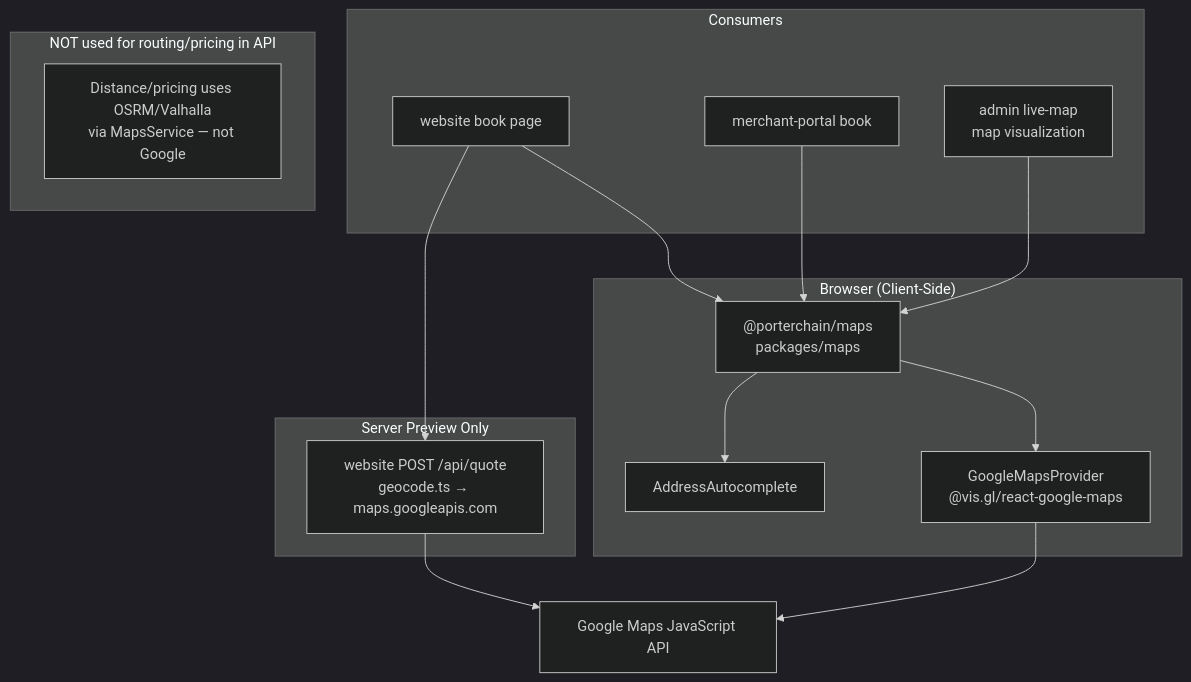
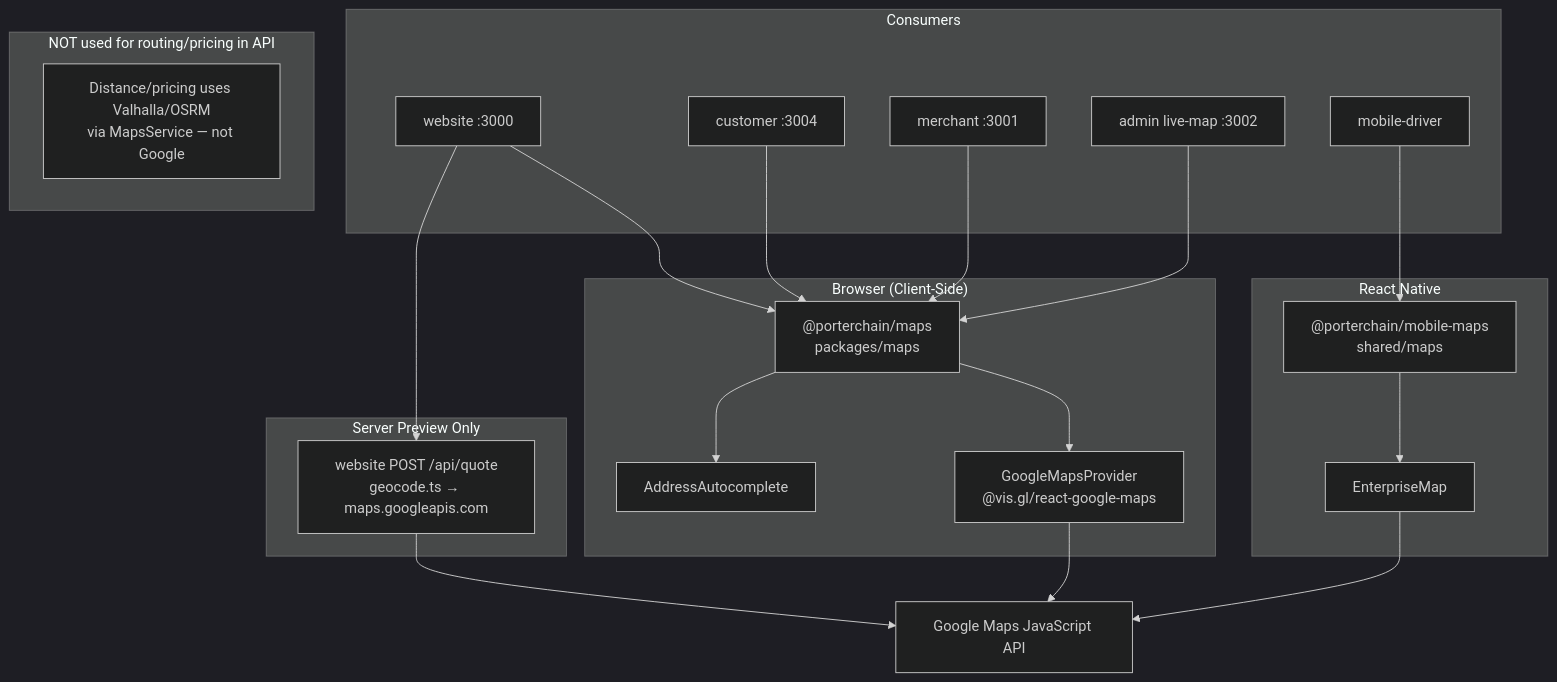
The diagram in docs/architecture/GOOGLE_MAPS_FLOW.md (PORTERCHAIN-INC/PCD), drawn with Mermaid (dark theme) before and after one commit. The commit also changed other lines of this file and 453 other files, not shown here.

````diff
--- a/docs/architecture/GOOGLE_MAPS_FLOW.md
+++ b/docs/architecture/GOOGLE_MAPS_FLOW.md
@@ -32,28 +46,37 @@
 ```mermaid
 flowchart TB
   subgraph Browser["Browser (Client-Side)"]
     PKG["@porterchain/maps<br/>packages/maps"]
     GMP["GoogleMapsProvider<br/>@vis.gl/react-google-maps"]
     AC["AddressAutocomplete"]
   end
 
+  subgraph Mobile["React Native"]
+    MM["@porterchain/mobile-maps<br/>shared/maps"]
+    EM[EnterpriseMap]
+  end
+
   subgraph Apps["Consumers"]
-    WEB[website book page]
-    MERCH[merchant-portal book]
-    ADMIN[admin live-map<br/>map visualization]
+    WEB[website :3000]
+    CUST[customer :3004]
+    MERCH[merchant :3001]
+    ADMIN[admin live-map :3002]
+    MDRV[mobile-driver]
   end
 
   subgraph ServerPreview["Server Preview Only"]
     WQR["website POST /api/quote<br/>geocode.ts → maps.googleapis.com"]
   end
 
   subgraph NOT_USED["NOT used for routing/pricing in API"]
-    NOTE["Distance/pricing uses OSRM/Valhalla<br/>via MapsService — not Google"]
+    NOTE["Distance/pricing uses Valhalla/OSRM<br/>via MapsService — not Google"]
   end
 
-  WEB & MERCH & ADMIN --> PKG
+  WEB & CUST & MERCH & ADMIN --> PKG
+  MDRV --> MM
   PKG --> GMP --> GAPI[Google Maps JavaScript API]
+  MM --> EM --> GAPI
   PKG --> AC
   WEB --> WQR
   WQR --> GAPI
 ```
````
